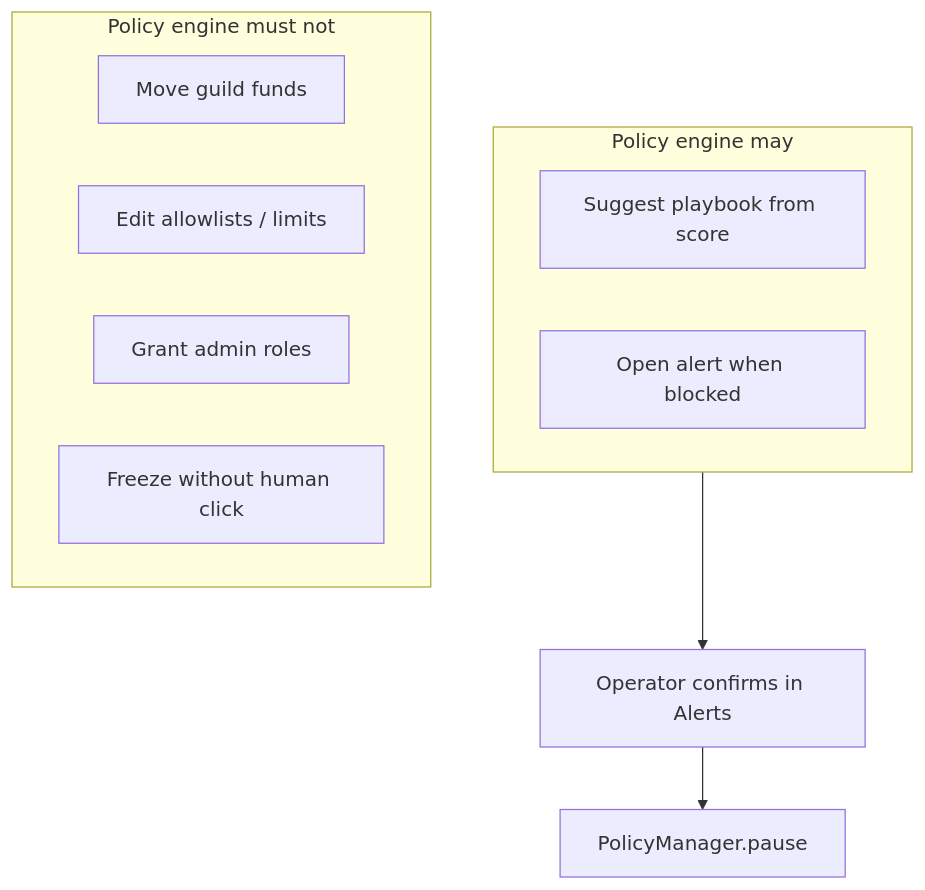
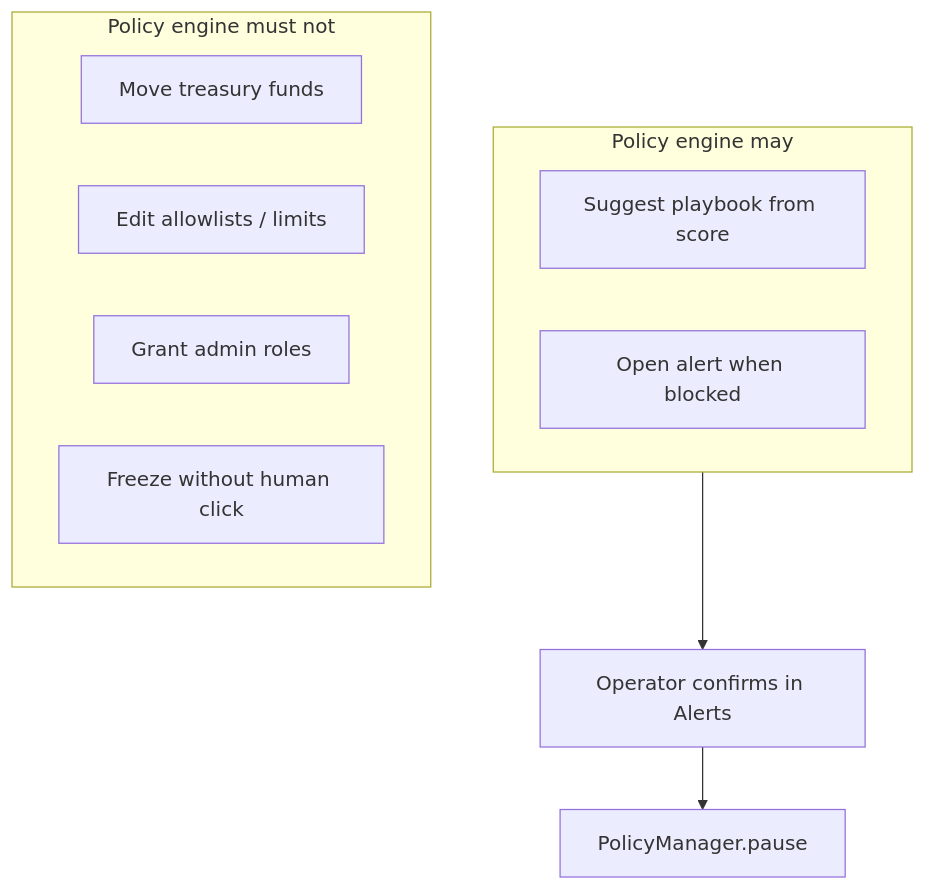
Before and after one commit to thesithunyein/arb-guardian: the seventh of 7 diagrams in docs/architecture.md, drawn with Mermaid. The commit also changed other lines of this file and 18 other files, not shown here.

````diff
--- a/docs/architecture.md
+++ b/docs/architecture.md
@@ -262,17 +262,17 @@
 ```mermaid
 flowchart TB
   subgraph Allowed["Policy engine may"]
     A1[Suggest playbook from score]
     A2[Open alert when blocked]
   end
 
   subgraph Denied["Policy engine must not"]
-    D1[Move guild funds]
+    D1[Move treasury funds]
     D2[Edit allowlists / limits]
     D3[Grant admin roles]
     D4[Freeze without human click]
   end
 
   Allowed --> Human[Operator confirms in Alerts]
   Human --> Pause[PolicyManager.pause]
 ```
````
